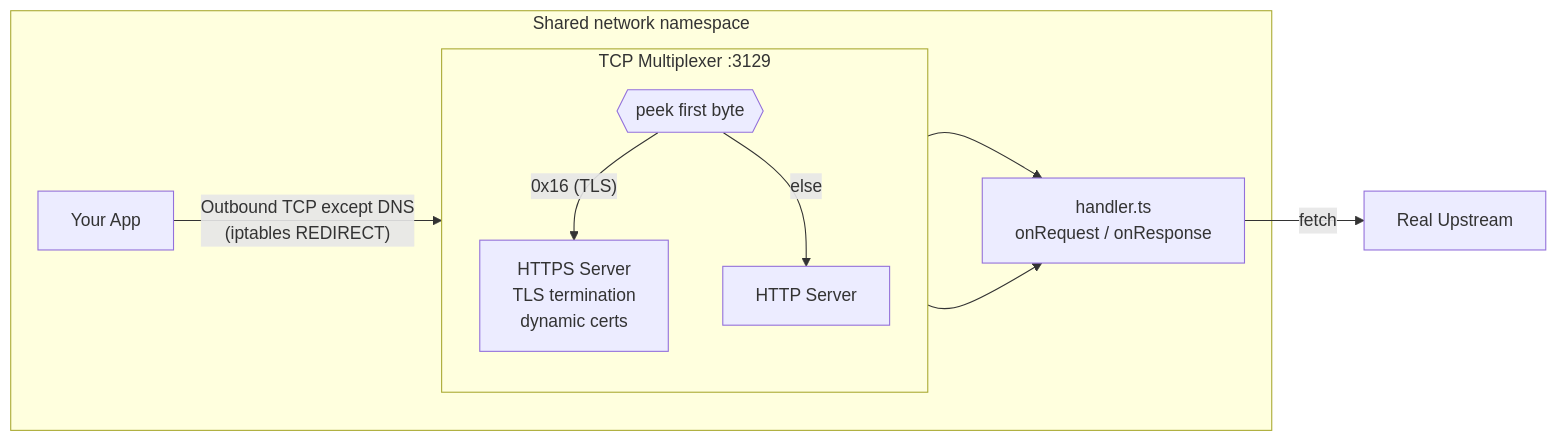
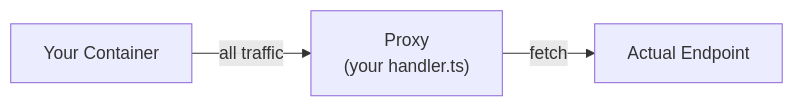
The diagram in README.md (ciamshrek/wormhole), drawn with Mermaid before and after one commit. The commit also changed other lines of this file and 1 other file, not shown here.

First line of the commit message:
Restructure README: Quick Start first with httpbin demo, rename example to curl

````diff
--- a/README.md
+++ b/README.md
@@ -9,18 +7,4 @@
 ```mermaid
 flowchart LR
-  subgraph ns["Shared network namespace"]
-    App["Your App"]
-    subgraph mux["TCP Multiplexer :3129"]
-      direction TB
-      peek{{"peek first byte"}}
-      peek -- "0x16 (TLS)" --> HTTPS["HTTPS Server\nTLS termination\ndynamic certs"]
-      peek -- "else" --> HTTP["HTTP Server"]
-    end
-    handler["handler.ts\nonRequest / onResponse"]
-  end
-
-  App -- "Outbound TCP except DNS\n(iptables REDIRECT)" --> peek
-  HTTPS --> handler
-  HTTP --> handler
-  handler -- "fetch" --> upstream["Real Upstream"]
+  App["Your Container"] -- all traffic --> Proxy["Proxy\n(your handler.ts)"] -- fetch --> Upstream["Actual Endpoint"]
 ```
````
